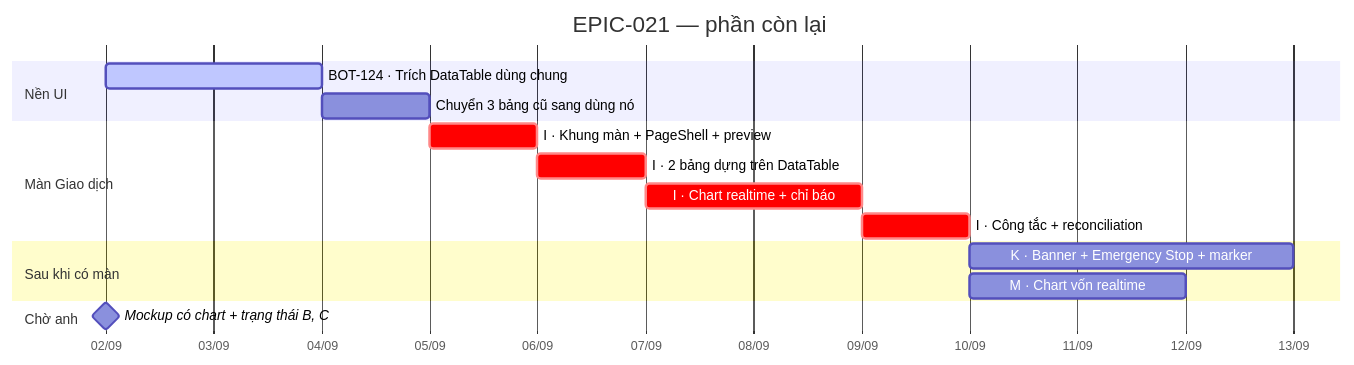
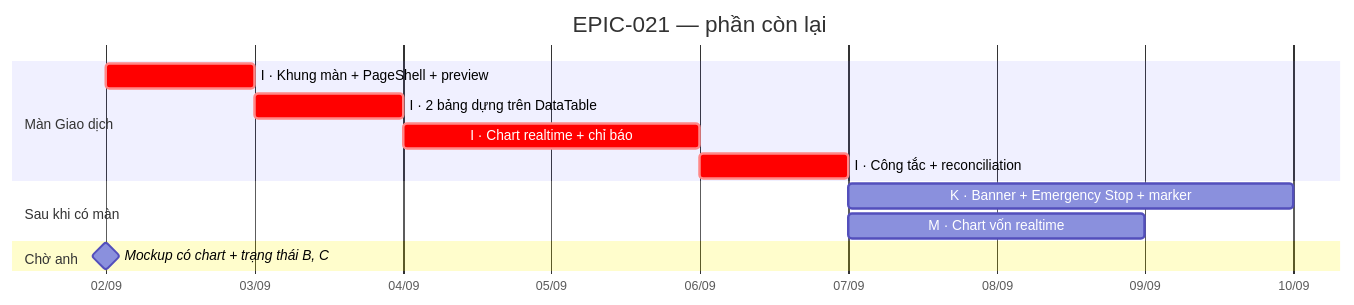
The fourth of 4 diagrams in Tasks/epics/EPIC-021_ket_noi_binance_futures_testnet/TRANG_THAI_va_LO_TRINH.md (anhembedded/Sagittarius_Elite_Warrior), drawn with Mermaid before and after one commit. The commit also changed other lines of this file and 14 other files, not shown here.

````diff
--- a/Tasks/epics/EPIC-021_ket_noi_binance_futures_testnet/TRANG_THAI_va_LO_TRINH.md
+++ b/Tasks/epics/EPIC-021_ket_noi_binance_futures_testnet/TRANG_THAI_va_LO_TRINH.md
@@ -163,24 +168,20 @@
 ```mermaid
 gantt
   title EPIC-021 — phần còn lại
   dateFormat YYYY-MM-DD
   axisFormat %d/%m
   todayMarker off
 
-  section Nền UI
-  BOT-124 · Trích DataTable dùng chung   :active, t124, 2026-09-02, 2d
-  Chuyển 3 bảng cũ sang dùng nó          :t124b, after t124, 1d
-
   section Màn Giao dịch
-  I · Khung màn + PageShell + preview    :crit, i1, after t124b, 1d
+  I · Khung màn + PageShell + preview    :crit, i1, 2026-09-02, 1d
   I · 2 bảng dựng trên DataTable         :crit, i2, after i1, 1d
   I · Chart realtime + chỉ báo           :crit, i3, after i2, 2d
   I · Công tắc + reconciliation          :crit, i4, after i3, 1d
 
   section Sau khi có màn
   K · Banner + Emergency Stop + marker   :k, after i4, 3d
   M · Chart vốn realtime                 :m, after i4, 2d
 
   section Chờ anh
   Mockup có chart + trạng thái B, C      :milestone, mock, 2026-09-02, 0d
 ```
````
